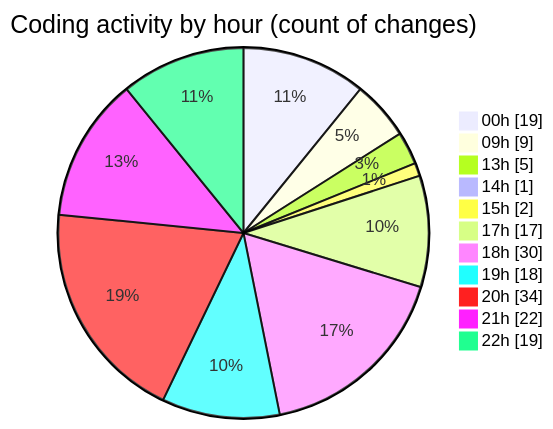
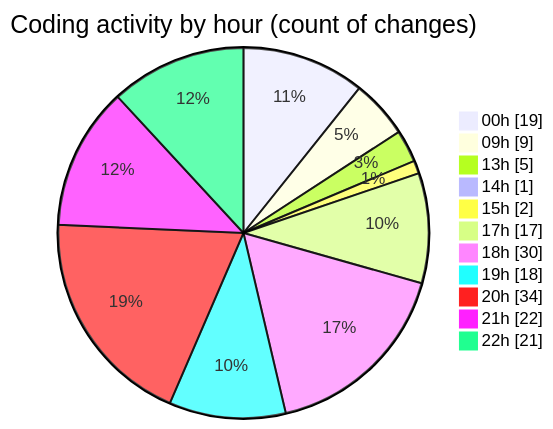
The second of 2 diagrams in 2025-08-12/ribbon/README.md (EIIisD/code-tracking), drawn with Mermaid before and after one commit. The commit also changed other lines of this file and 1 other file, not shown here.

````diff
--- a/2025-08-12/ribbon/README.md
+++ b/2025-08-12/ribbon/README.md
@@ -58,15 +58,15 @@
 ```mermaid
 pie showData
 title Coding activity by hour (count of changes)
 "00h" : 19
 "09h" : 9
 "13h" : 5
 "14h" : 1
 "15h" : 2
 "17h" : 17
 "18h" : 30
 "19h" : 18
 "20h" : 34
 "21h" : 22
-"22h" : 19
+"22h" : 21
 ```
````
